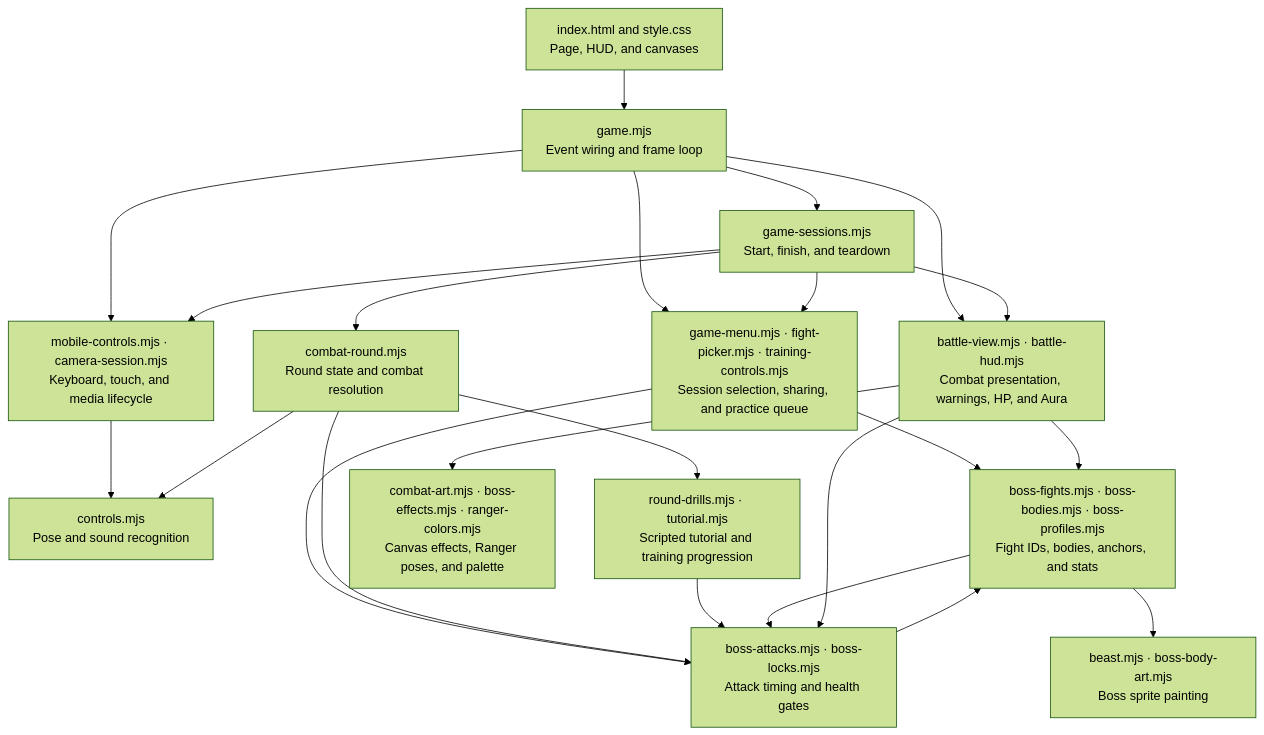
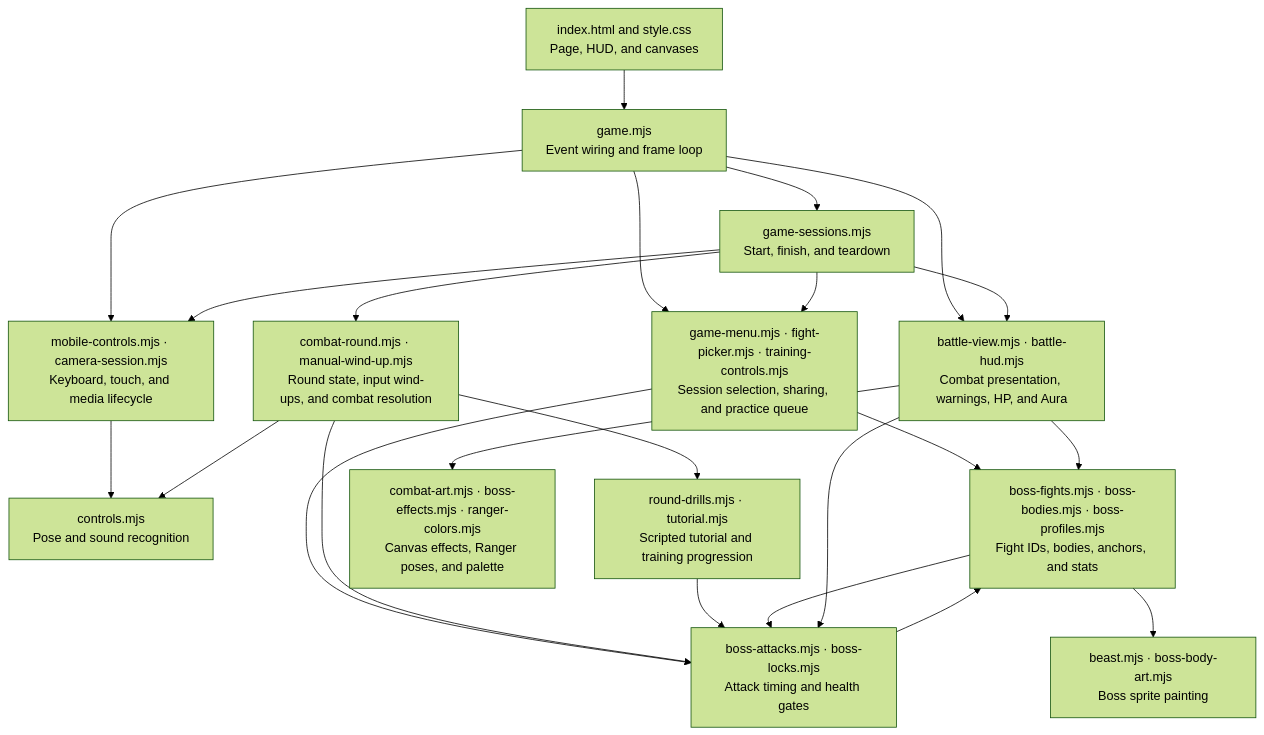
One commit to Cheunglo/rift-ranger changed the diagram in ARCHITECTURE.md. Above: the diagram before and after it, drawn with Mermaid (forest theme). The commit also changed other lines of this file and 14 other files, not shown here.

Commit message:
Add playable keyboard and touch wind-ups for attacks and Block

````diff
--- a/ARCHITECTURE.md
+++ b/ARCHITECTURE.md
@@ -9,39 +9,39 @@
 ```mermaid
 flowchart TD
   Page["index.html and style.css<br/>Page, HUD, and canvases"]
   Game["game.mjs<br/>Event wiring and frame loop"]
   Sessions["game-sessions.mjs<br/>Start, finish, and teardown"]
   Menus["game-menu.mjs · fight-picker.mjs · training-controls.mjs<br/>Session selection, sharing, and practice queue"]
   Input["mobile-controls.mjs · camera-session.mjs<br/>Keyboard, touch, and media lifecycle"]
   Detection["controls.mjs<br/>Pose and sound recognition"]
-  Combat["combat-round.mjs<br/>Round state and combat resolution"]
+  Combat["combat-round.mjs · manual-wind-up.mjs<br/>Round state, input wind-ups, and combat resolution"]
   Drills["round-drills.mjs · tutorial.mjs<br/>Scripted tutorial and training progression"]
   Fights["boss-fights.mjs · boss-bodies.mjs · boss-profiles.mjs<br/>Fight IDs, bodies, anchors, and stats"]
   Rules["boss-attacks.mjs · boss-locks.mjs<br/>Attack timing and health gates"]
   View["battle-view.mjs · battle-hud.mjs<br/>Combat presentation, warnings, HP, and Aura"]
   Art["combat-art.mjs · boss-effects.mjs · ranger-colors.mjs<br/>Canvas effects, Ranger poses, and palette"]
   Sprites["beast.mjs · boss-body-art.mjs<br/>Boss sprite painting"]
 
   Page --> Game
   Game --> Sessions
   Game --> Menus
   Game --> Input
   Game --> View
   Sessions --> Menus
   Sessions --> Combat
   Sessions --> View
   Sessions --> Input
   Menus --> Fights
   Menus --> Rules
   Input --> Detection
   Combat --> Detection
   Combat --> Rules
   Combat --> Drills
   Drills --> Rules
   Fights --> Rules
   Fights --> Sprites
   Rules --> Fights
   View --> Rules
   View --> Art
   View --> Fights
 ```
````
